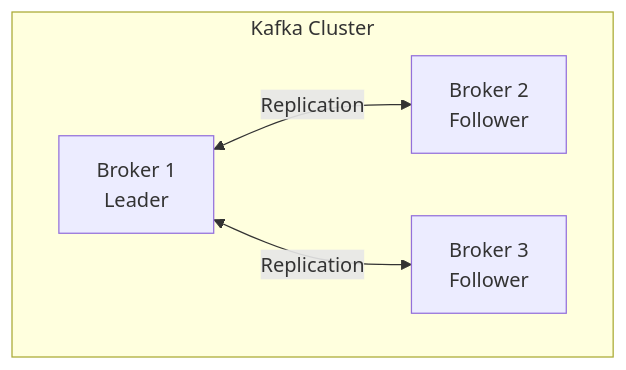
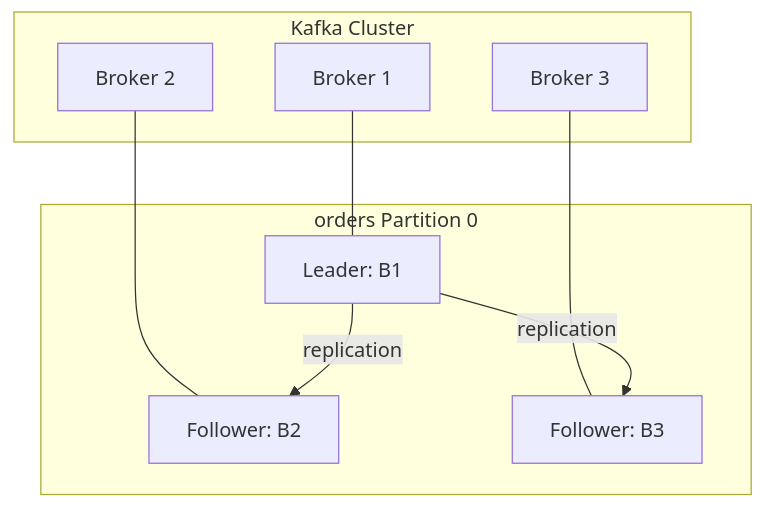
One commit to advanced-beginner/advanced-beginner.github.io changed the third of 6 diagrams in content/en/docs/kafka/concepts/core-components.md. Above: the diagram before and after it, drawn with Mermaid. The commit also changed other lines of this file and 20 other files, not shown here.

````diff
--- a/content/en/docs/kafka/concepts/core-components.md
+++ b/content/en/docs/kafka/concepts/core-components.md
@@ -107,11 +230,21 @@
 ```mermaid
 flowchart TB
     subgraph Cluster["Kafka Cluster"]
-        B1[Broker 1<br>Leader]
-        B2[Broker 2<br>Follower]
-        B3[Broker 3<br>Follower]
+        B1[Broker 1]
+        B2[Broker 2]
+        B3[Broker 3]
     end
 
-    B1 <-->|Replication| B2
-    B1 <-->|Replication| B3
+    subgraph Partition0["orders Partition 0"]
+        L0["Leader: B1"]
+        F0a["Follower: B2"]
+        F0b["Follower: B3"]
+    end
+
+    B1 --- L0
+    B2 --- F0a
+    B3 --- F0b
+
+    L0 -->|replication| F0a
+    L0 -->|replication| F0b
 ```
````
